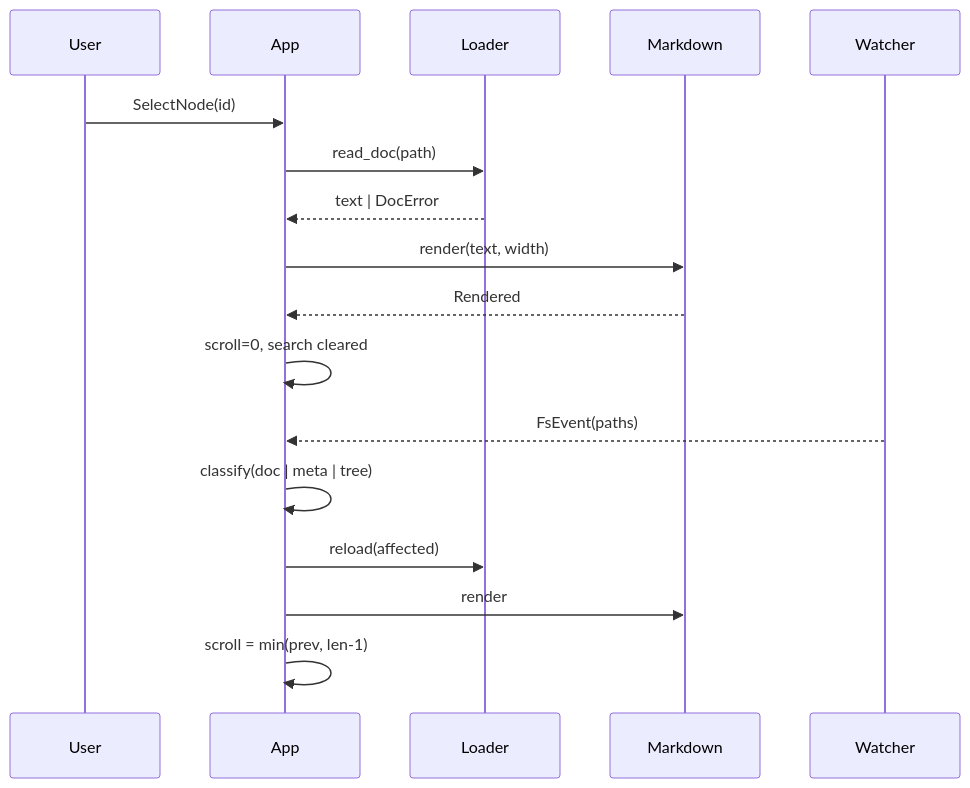
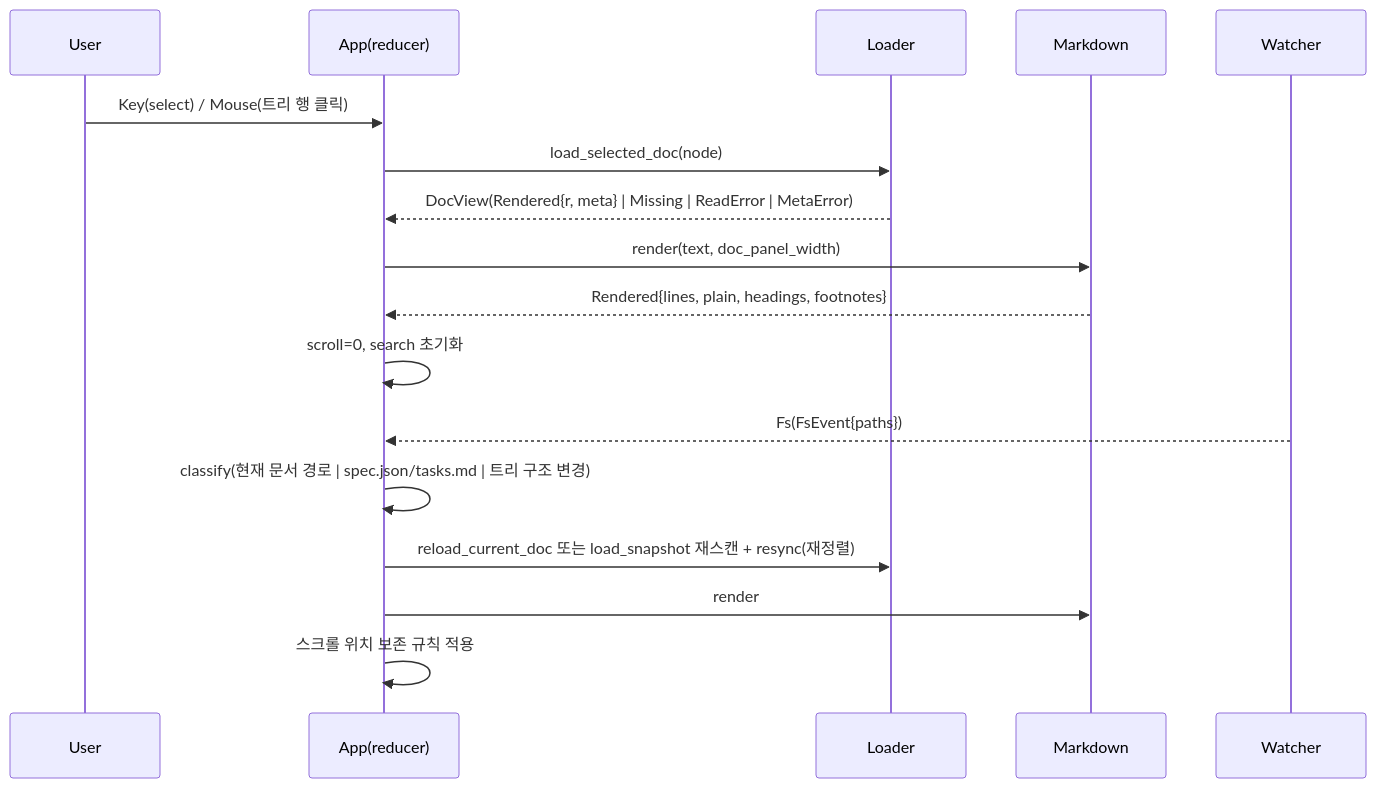
The third of 16 diagrams in tests/fixtures/mermaid-samples/spec-viewer/design.md (hodorii/spec-viewer), drawn with Mermaid before and after one commit. The commit also changed other lines of this file, not shown here.

First line of the commit message:
docs: reverse-engineer spec-viewer design.md from actual source

````diff
--- a/tests/fixtures/mermaid-samples/spec-viewer/design.md
+++ b/tests/fixtures/mermaid-samples/spec-viewer/design.md
@@ -90,19 +112,19 @@
 ```mermaid
 sequenceDiagram
     participant U as User
-    participant A as App
+    participant A as App(reducer)
     participant L as Loader
     participant M as Markdown
     participant W as Watcher
-    U->>A: SelectNode(id)
-    A->>L: read_doc(path)
-    L-->>A: text | DocError
-    A->>M: render(text, width)
-    M-->>A: Rendered
-    A->>A: scroll=0, search cleared
-    W-->>A: FsEvent(paths)
-    A->>A: classify(doc | meta | tree)
-    A->>L: reload(affected)
+    U->>A: Key(select) / Mouse(트리 행 클릭)
+    A->>L: load_selected_doc(node)
+    L-->>A: DocView(Rendered{r, meta} | Missing | ReadError | MetaError)
+    A->>M: render(text, doc_panel_width)
+    M-->>A: Rendered{lines, plain, headings, footnotes}
+    A->>A: scroll=0, search 초기화
+    W-->>A: Fs(FsEvent{paths})
+    A->>A: classify(현재 문서 경로 | spec.json/tasks.md | 트리 구조 변경)
+    A->>L: reload_current_doc 또는 load_snapshot 재스캔 + resync(재정렬)
     A->>M: render
-    A->>A: scroll = min(prev, len-1)
+    A->>A: 스크롤 위치 보존 규칙 적용
 ```
````
